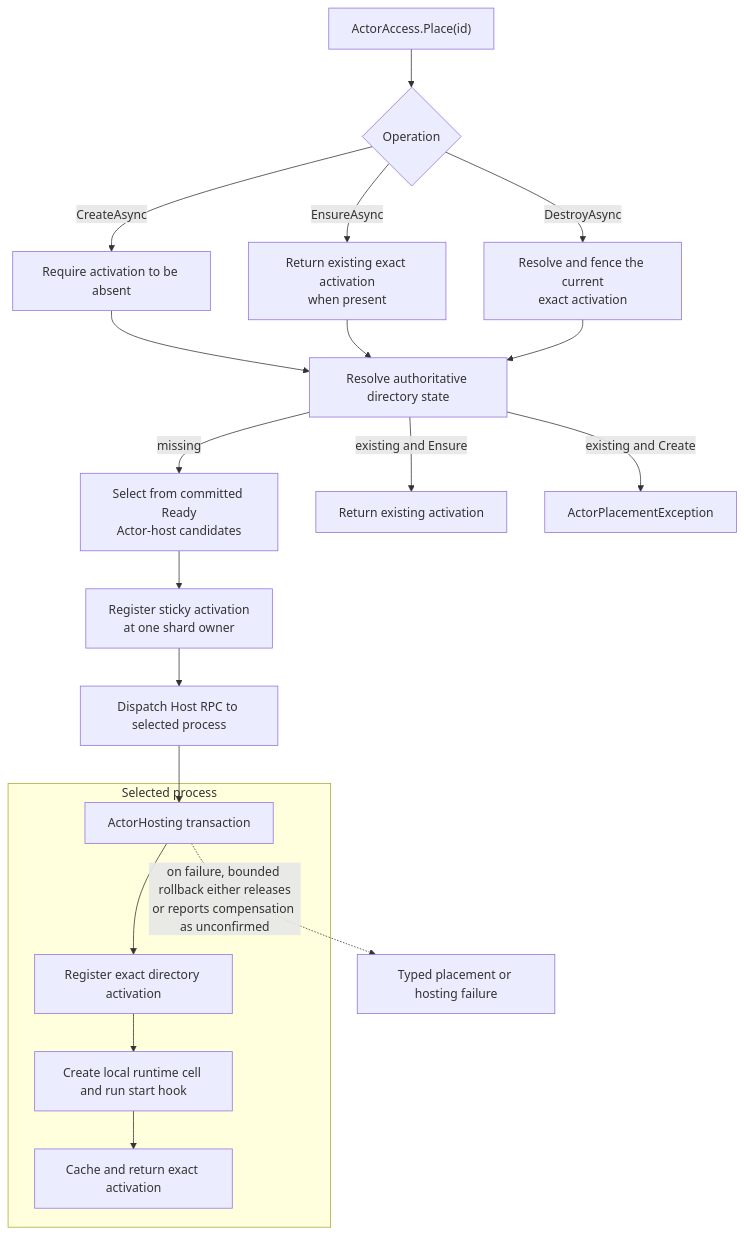
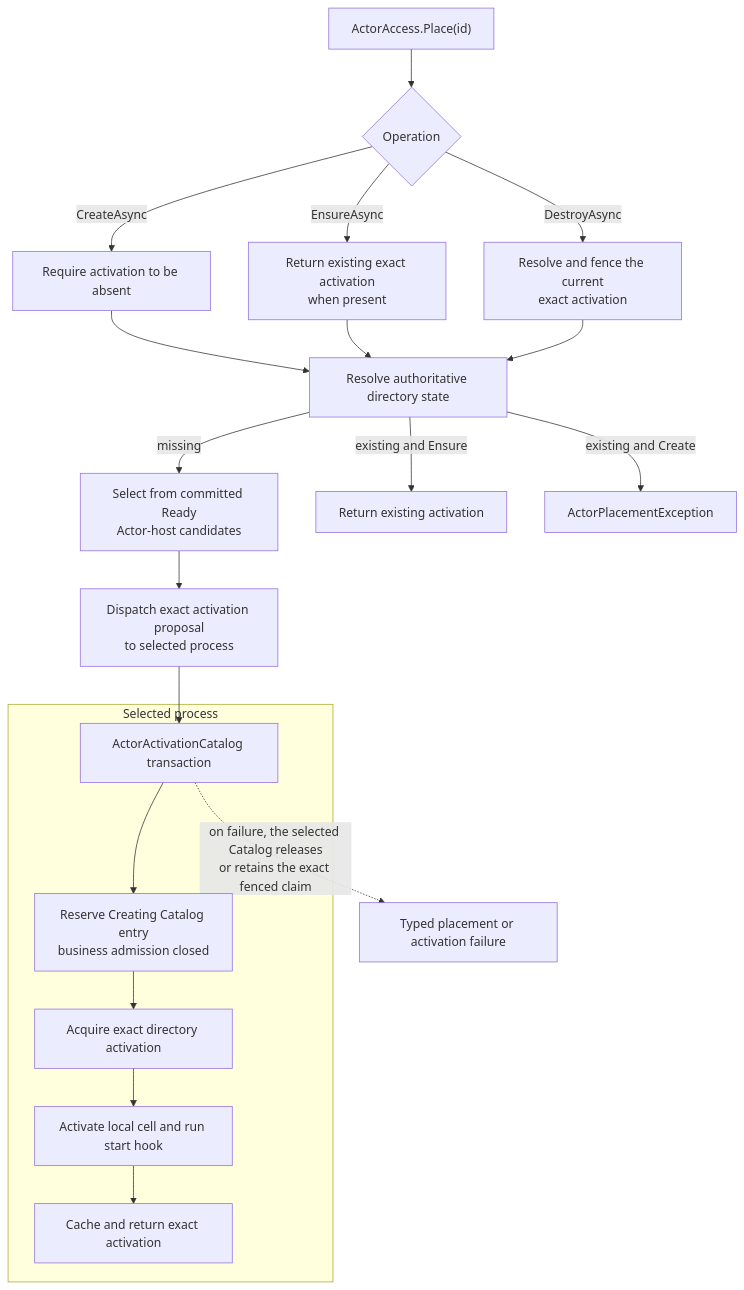
One commit to bruce48x/Lakona changed the fifth of 7 diagrams in docs/actor.md. Above: the diagram before and after it, drawn with Mermaid. The commit also changed other lines of this file and 47 other files, not shown here.

Commit message:
Replace actor hosting with activation catalog

````diff
--- a/docs/actor.md
+++ b/docs/actor.md
@@ -446,24 +446,24 @@
 ```mermaid
 flowchart TD
     B["ActorAccess.Place(id)"] --> O{"Operation"}
     O -->|"CreateAsync"| C["Require activation to be absent"]
     O -->|"EnsureAsync"| E["Return existing exact activation<br/>when present"]
     O -->|"DestroyAsync"| X["Resolve and fence the current<br/>exact activation"]
     C --> R["Resolve authoritative directory state"]
     E --> R
     X --> R
     R -->|"missing"| H["Select from committed Ready<br/>Actor-host candidates"]
     R -->|"existing and Ensure"| ER["Return existing activation"]
     R -->|"existing and Create"| CF["ActorPlacementException"]
-    H --> A["Register sticky activation<br/>at one shard owner"]
-    A --> RP["Dispatch Host RPC to selected process"]
-    RP --> TX["ActorHosting transaction"]
+    H --> RP["Dispatch exact activation proposal<br/>to selected process"]
+    RP --> TX["ActorActivationCatalog transaction"]
 
     subgraph Local["Selected process"]
-        TX --> DR["Register exact directory activation"]
-        DR --> LR["Create local runtime cell and run start hook"]
+        TX --> CE["Reserve Creating Catalog entry<br/>business admission closed"]
+        CE --> DR["Acquire exact directory activation"]
+        DR --> LR["Activate local cell and run start hook"]
         LR --> OK["Cache and return exact activation"]
     end
 
-    TX -.->|"on failure, bounded rollback either releases<br/>or reports compensation as unconfirmed"| F["Typed placement or hosting failure"]
+    TX -.->|"on failure, the selected Catalog releases<br/>or retains the exact fenced claim"| F["Typed placement or activation failure"]
 ```
````
